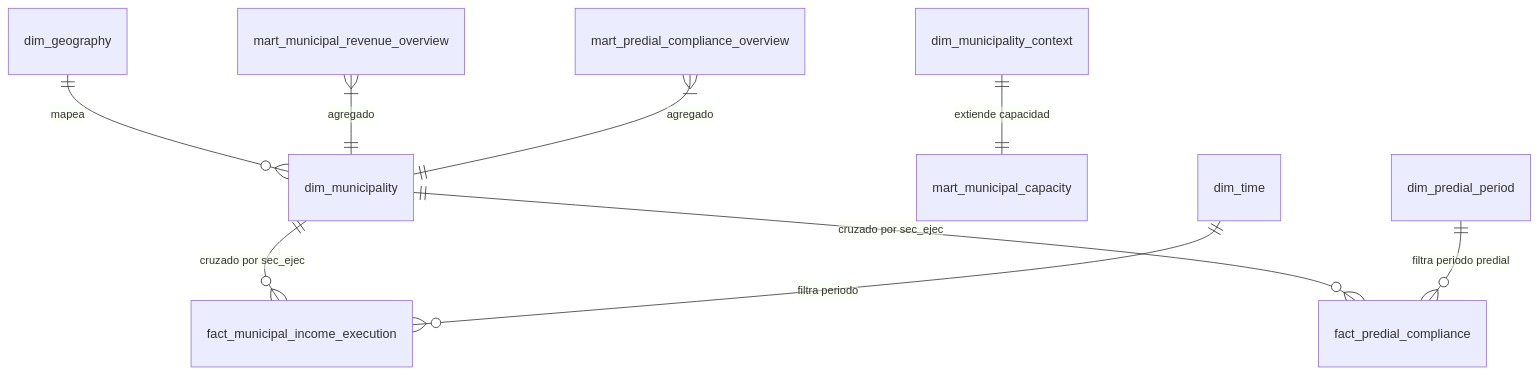
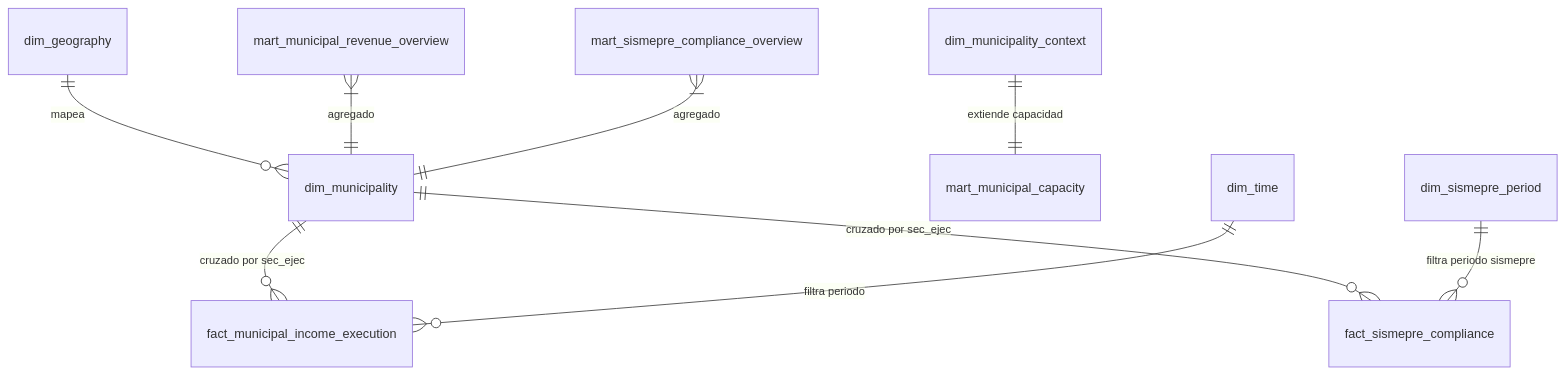
One commit to joseltenorio/municipal-revenue-bigdata-analytics changed the diagram in docs/gold_model.md. Above: the diagram before and after it, drawn with Mermaid. The commit also changed other lines of this file and 9 other files, not shown here.

````diff
--- a/docs/gold_model.md
+++ b/docs/gold_model.md
@@ -21,11 +21,11 @@
 ```mermaid
 erDiagram
     dim_geography ||--o{ dim_municipality : "mapea"
     dim_municipality ||--o{ fact_municipal_income_execution : "cruzado por sec_ejec"
-    dim_municipality ||--o{ fact_predial_compliance : "cruzado por sec_ejec"
+    dim_municipality ||--o{ fact_sismepre_compliance : "cruzado por sec_ejec"
     dim_municipality_context ||--|| mart_municipal_capacity : "extiende capacidad"
     dim_time ||--o{ fact_municipal_income_execution : "filtra periodo"
-    dim_predial_period ||--o{ fact_predial_compliance : "filtra periodo predial"
+    dim_sismepre_period ||--o{ fact_sismepre_compliance : "filtra periodo sismepre"
     mart_municipal_revenue_overview }|--|| dim_municipality : "agregado"
-    mart_predial_compliance_overview }|--|| dim_municipality : "agregado"
+    mart_sismepre_compliance_overview }|--|| dim_municipality : "agregado"
 ```
````
